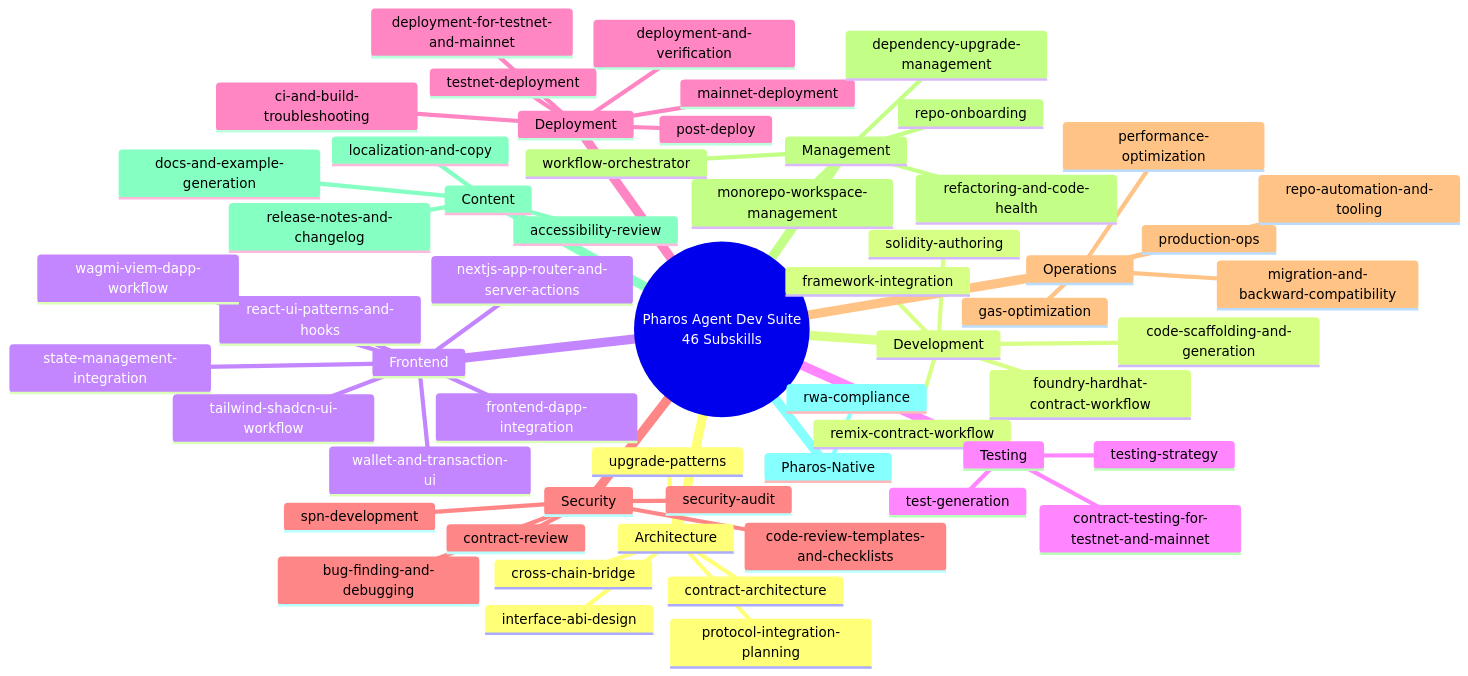
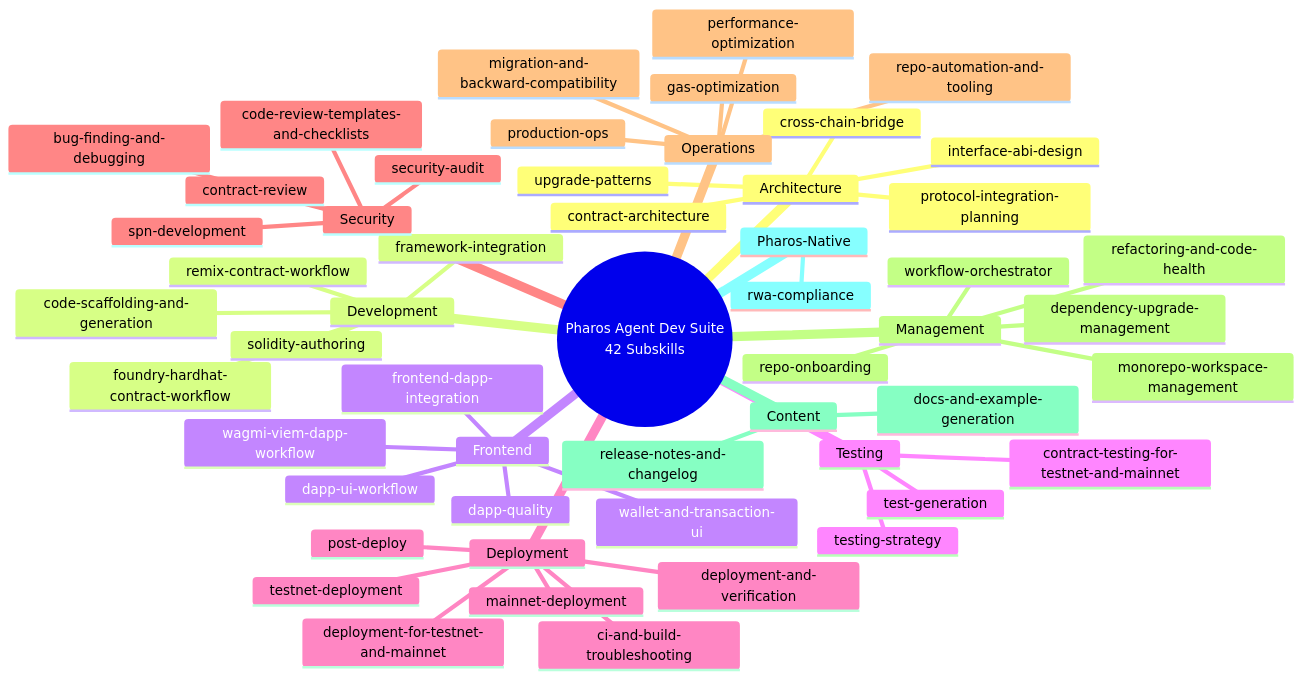
The third of 5 diagrams in CASCADE.md (tejas0111/Pharos), drawn with Mermaid before and after one commit. The commit also changed other lines of this file and 37 other files, not shown here.

````diff
--- a/CASCADE.md
+++ b/CASCADE.md
@@ -109,63 +112,59 @@
 ```mermaid
 ---
-title: 46 Subskills Grouped by Domain
+title: 42 Subskills Grouped by Domain
 ---
 mindmap
-  root((Pharos Agent Dev Suite<br/>46 Subskills))
+  root((Pharos Agent Dev Suite<br/>42 Subskills))
     Architecture
       contract-architecture
       interface-abi-design
       protocol-integration-planning
       upgrade-patterns
       cross-chain-bridge
     Development
       solidity-authoring
       code-scaffolding-and-generation
       foundry-hardhat-contract-workflow
       remix-contract-workflow
       framework-integration
     Frontend
       frontend-dapp-integration
-      react-ui-patterns-and-hooks
+      dapp-ui-workflow
+      dapp-quality
       wagmi-viem-dapp-workflow
-      state-management-integration
-      nextjs-app-router-and-server-actions
-      tailwind-shadcn-ui-workflow
       wallet-and-transaction-ui
     Testing
       test-generation
       testing-strategy
       contract-testing-for-testnet-and-mainnet
     Deployment
       deployment-and-verification
       mainnet-deployment
       testnet-deployment
       deployment-for-testnet-and-mainnet
       post-deploy
       ci-and-build-troubleshooting
     Security
       security-audit
       bug-finding-and-debugging
       code-review-templates-and-checklists
       contract-review
       spn-development
     Operations
       production-ops
       migration-and-backward-compatibility
       performance-optimization
       gas-optimization
       repo-automation-and-tooling
     Management
       monorepo-workspace-management
       dependency-upgrade-management
       refactoring-and-code-health
       repo-onboarding
       workflow-orchestrator
     Content
       docs-and-example-generation
-      localization-and-copy
       release-notes-and-changelog
-      accessibility-review
     Pharos-Native
       rwa-compliance
 ```
````
